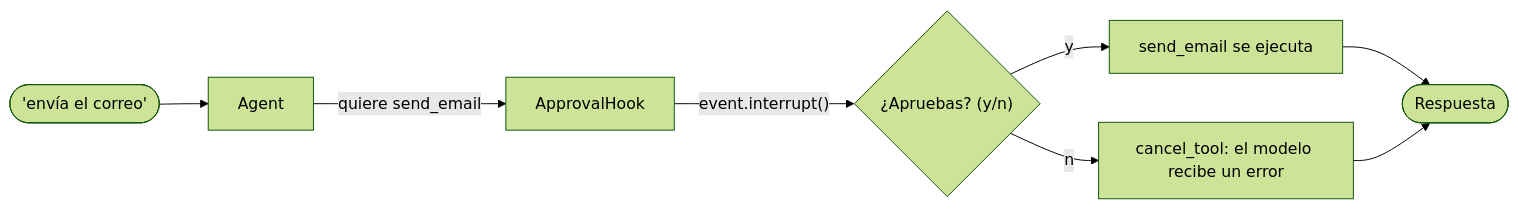
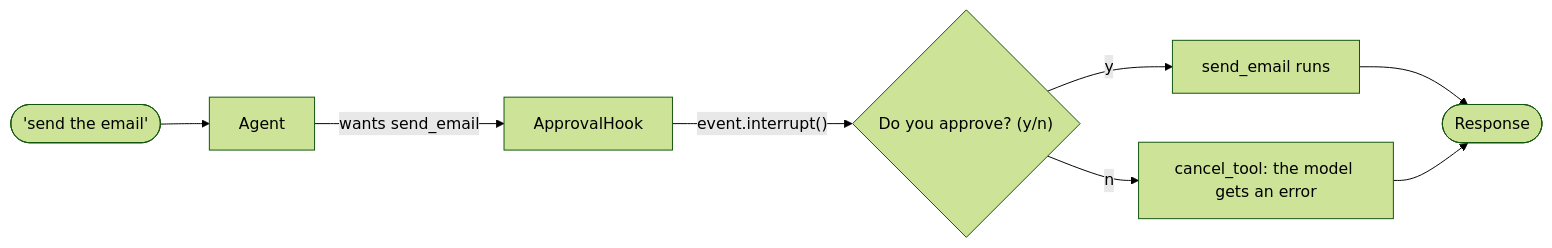
Before and after one commit to eider404/agent-architectures: the diagram in strands-agents/11-human-in-the-loop/README.md, drawn with Mermaid (forest theme). The commit also changed other lines of this file and 13 other files, not shown here.

````diff
--- a/strands-agents/11-human-in-the-loop/README.md
+++ b/strands-agents/11-human-in-the-loop/README.md
@@ -13,10 +13,10 @@
 ```mermaid
 flowchart LR
-    U(["'envía el correo'"]) --> A["Agent"]
-    A -->|"quiere send_email"| H["ApprovalHook"]
-    H -->|"event.interrupt()"| P{"¿Apruebas? (y/n)"}
-    P -->|"y"| S["send_email se ejecuta"]
-    P -->|"n"| C["cancel_tool: el modelo recibe un error"]
-    S --> R(["Respuesta"])
+    U(["'send the email'"]) --> A["Agent"]
+    A -->|"wants send_email"| H["ApprovalHook"]
+    H -->|"event.interrupt()"| P{"Do you approve? (y/n)"}
+    P -->|"y"| S["send_email runs"]
+    P -->|"n"| C["cancel_tool: the model gets an error"]
+    S --> R(["Response"])
     C --> R
 ```
````
